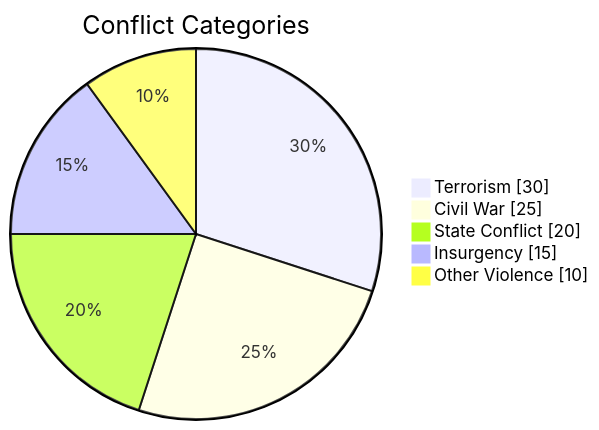
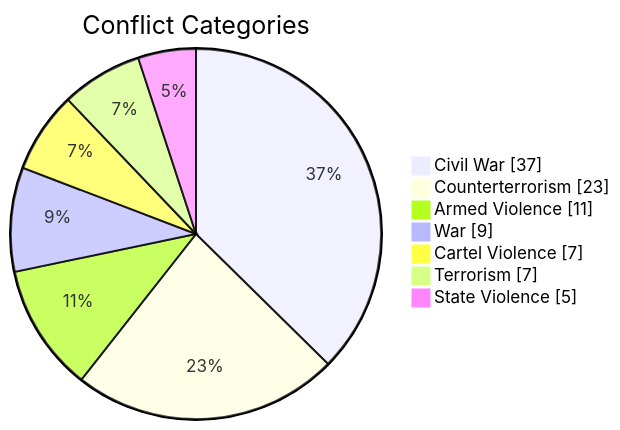
One commit to lala-david/conflict-intel changed the third of 3 diagrams in README.md. Above: the diagram before and after it, drawn with Mermaid. The commit also changed other lines of this file and 4 other files, not shown here.

````diff
--- a/README.md
+++ b/README.md
@@ -129,9 +129,11 @@
 ```mermaid
 pie showData
     title Conflict Categories
-    "Terrorism" : 30
-    "Civil War" : 25
-    "State Conflict" : 20
-    "Insurgency" : 15
-    "Other Violence" : 10
+    "Civil War" : 37
+    "Counterterrorism" : 23
+    "Armed Violence" : 11
+    "War" : 9
+    "Cartel Violence" : 7
+    "Terrorism" : 7
+    "State Violence" : 5
 ```
````
